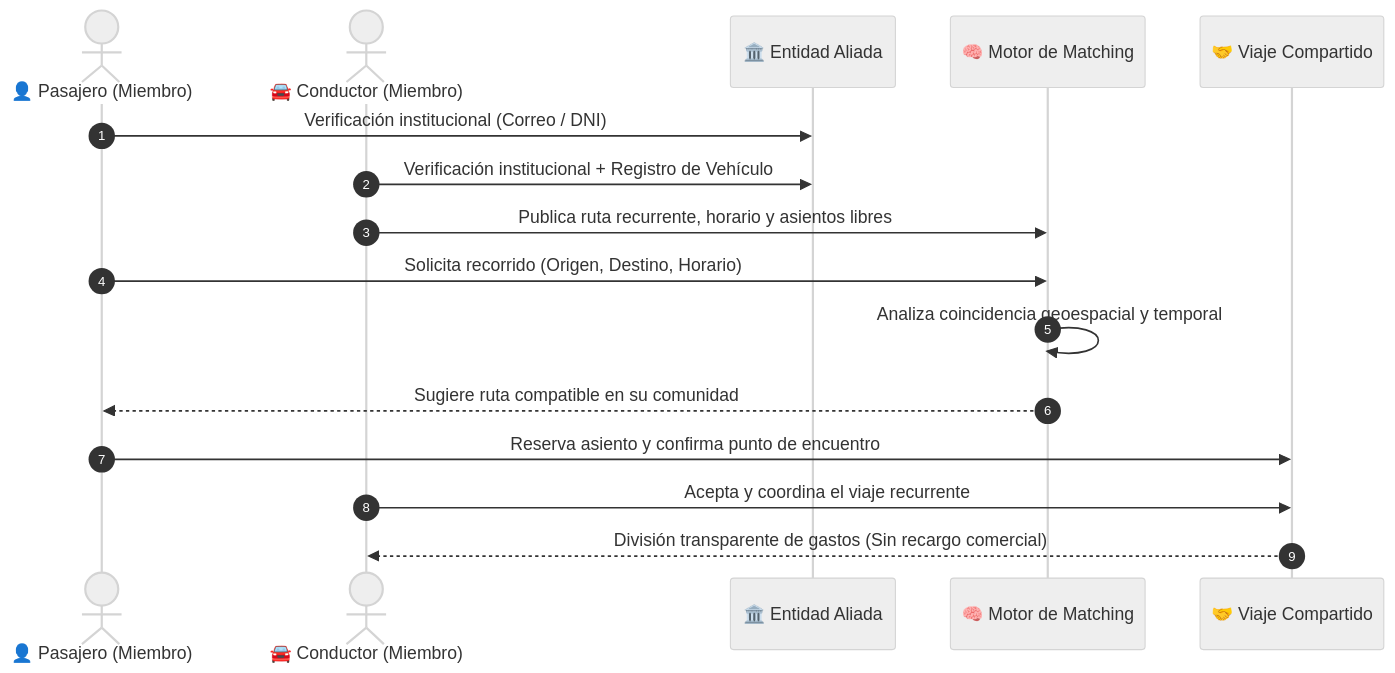
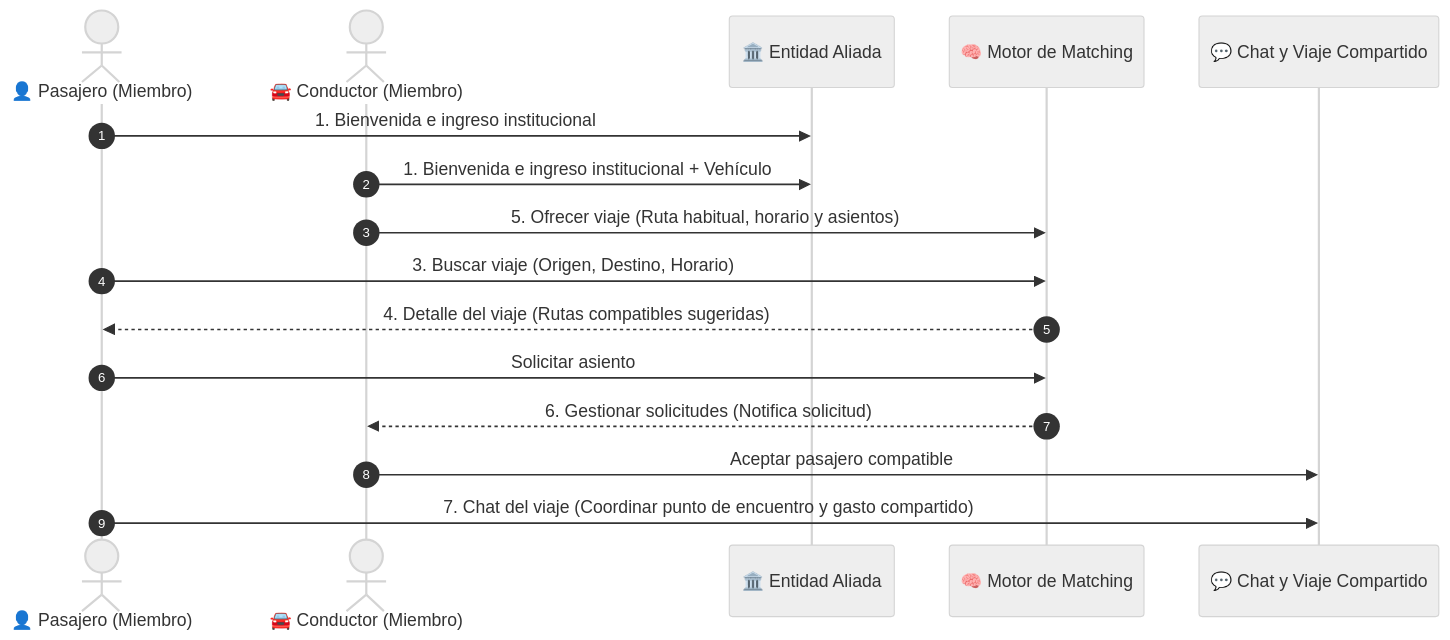
The third of 4 diagrams in README.md (hack-andes-buscandoanemo/andes-hack), drawn with Mermaid (neutral theme) before and after one commit. The commit also changed other lines of this file and 2 other files, not shown here.

Commit message:
docs(flow): add Lima Fluye 8-step navigation flow and diagrams

````diff
--- a/README.md
+++ b/README.md
@@ -110,19 +186,19 @@
 ```mermaid
 sequenceDiagram
     autonumber
     actor P as 👤 Pasajero (Miembro)
     actor C as 🚘 Conductor (Miembro)
     participant Org as 🏛️ Entidad Aliada
     participant App as 🧠 Motor de Matching
-    participant Viaje as 🤝 Viaje Compartido
+    participant Viaje as 💬 Chat y Viaje Compartido
 
-    P->>Org: Verificación institucional (Correo / DNI)
-    C->>Org: Verificación institucional + Registro de Vehículo
-    C->>App: Publica ruta recurrente, horario y asientos libres
-    P->>App: Solicita recorrido (Origen, Destino, Horario)
-    App->>App: Analiza coincidencia geoespacial y temporal
-    App-->>P: Sugiere ruta compatible en su comunidad
-    P->>Viaje: Reserva asiento y confirma punto de encuentro
-    C->>Viaje: Acepta y coordina el viaje recurrente
-    Viaje-->>C: División transparente de gastos (Sin recargo comercial)
+    P->>Org: 1. Bienvenida e ingreso institucional
+    C->>Org: 1. Bienvenida e ingreso institucional + Vehículo
+    C->>App: 5. Ofrecer viaje (Ruta habitual, horario y asientos)
+    P->>App: 3. Buscar viaje (Origen, Destino, Horario)
+    App-->>P: 4. Detalle del viaje (Rutas compatibles sugeridas)
+    P->>App: Solicitar asiento
+    App-->>C: 6. Gestionar solicitudes (Notifica solicitud)
+    C->>Viaje: Aceptar pasajero compatible
+    P->>Viaje: 7. Chat del viaje (Coordinar punto de encuentro y gasto compartido)
 ```
````
